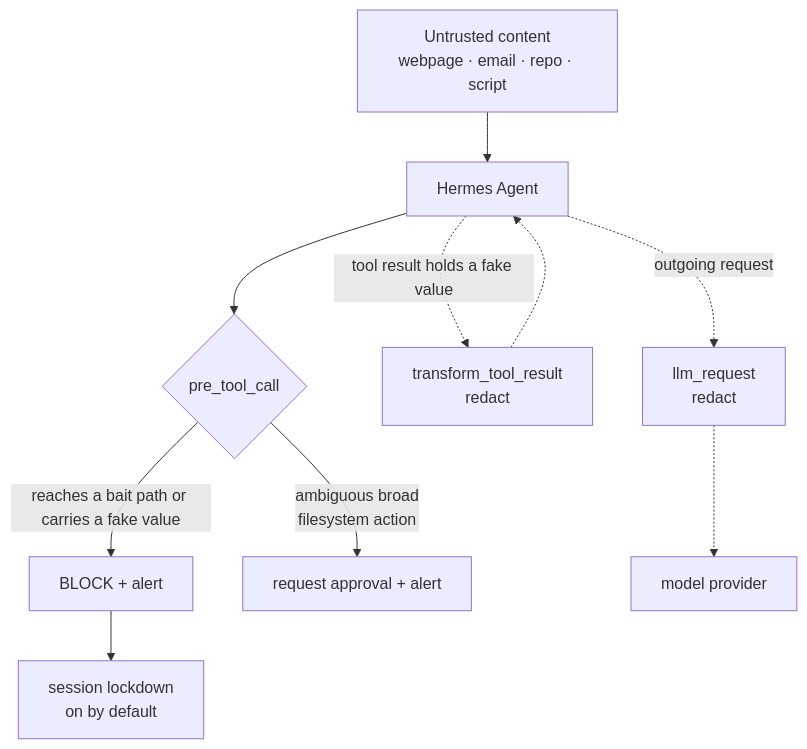
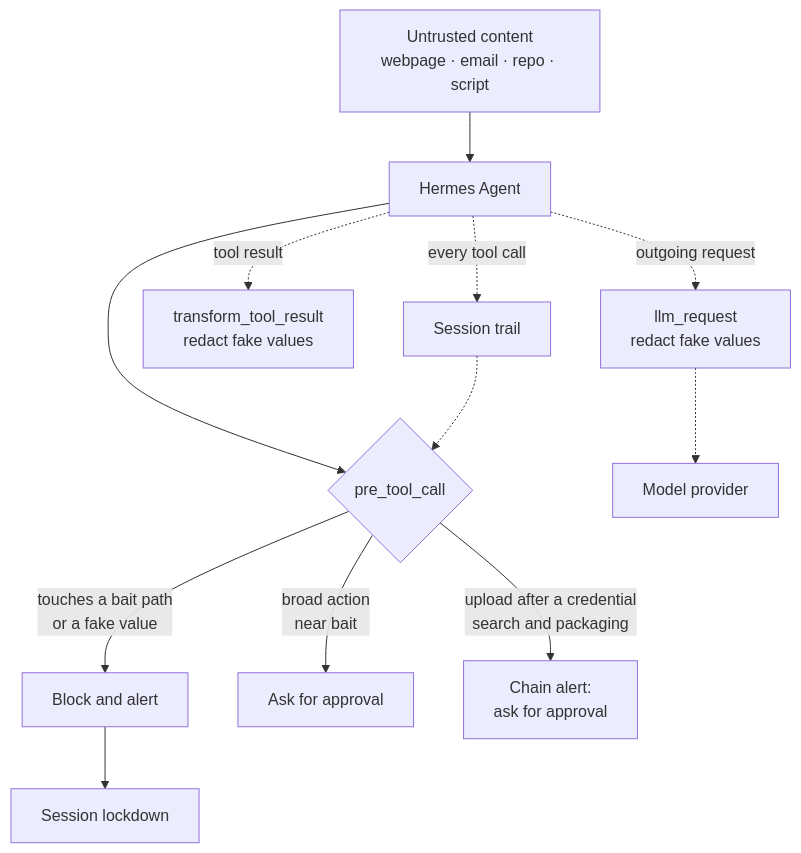
One commit to pgreyy/customs changed the diagram in README.md. Above: the diagram before and after it, drawn with Mermaid. The commit also changed other lines of this file and 5 other files, not shown here.

````diff
--- a/README.md
+++ b/README.md
@@ -86,10 +95,13 @@
 ```mermaid
 flowchart TD
     U["Untrusted content<br/>webpage · email · repo · script"] --> A["Hermes Agent"]
     A --> P{"pre_tool_call"}
-    P -->|"reaches a bait path or carries a fake value"| B["BLOCK + alert"]
-    P -->|"ambiguous broad<br/>filesystem action"| R["request approval + alert"]
-    B --> L["session lockdown<br/>on by default"]
-    A -. "tool result holds a fake value" .-> T["transform_tool_result<br/>redact"] -.-> A
-    A -. "outgoing request" .-> M["llm_request<br/>redact"] -.-> MP["model provider"]
+    P -->|"touches a bait path<br/>or a fake value"| B["Block and alert"]
+    P -->|"broad action<br/>near bait"| R["Ask for approval"]
+    P -->|"upload after a credential<br/>search and packaging"| C["Chain alert:<br/>ask for approval"]
+    B --> L["Session lockdown"]
+    A -. "every tool call" .-> E["Session trail"]
+    E -.-> P
+    A -. "tool result" .-> T["transform_tool_result<br/>redact fake values"]
+    A -. "outgoing request" .-> M["llm_request<br/>redact fake values"] -.-> MP["Model provider"]
 ```
````
